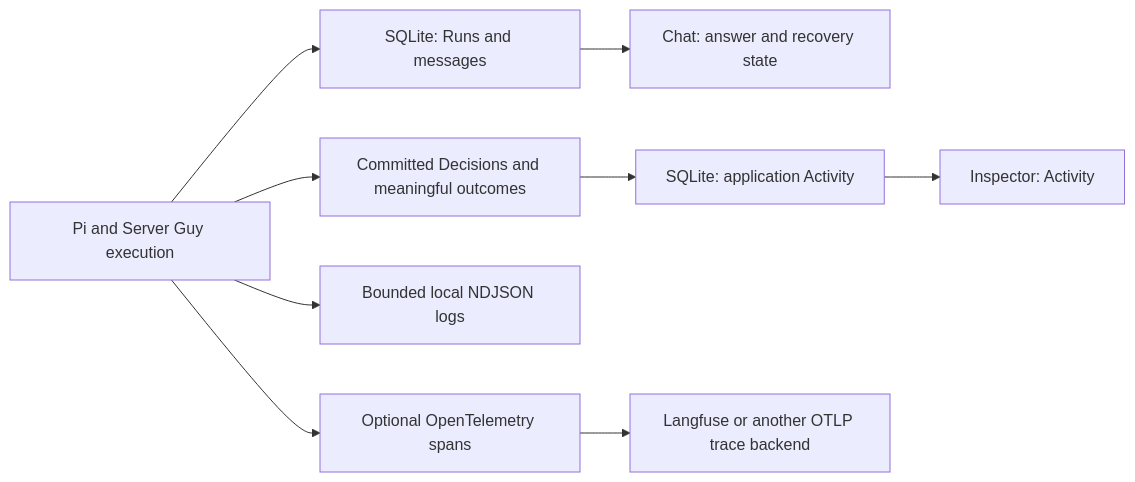
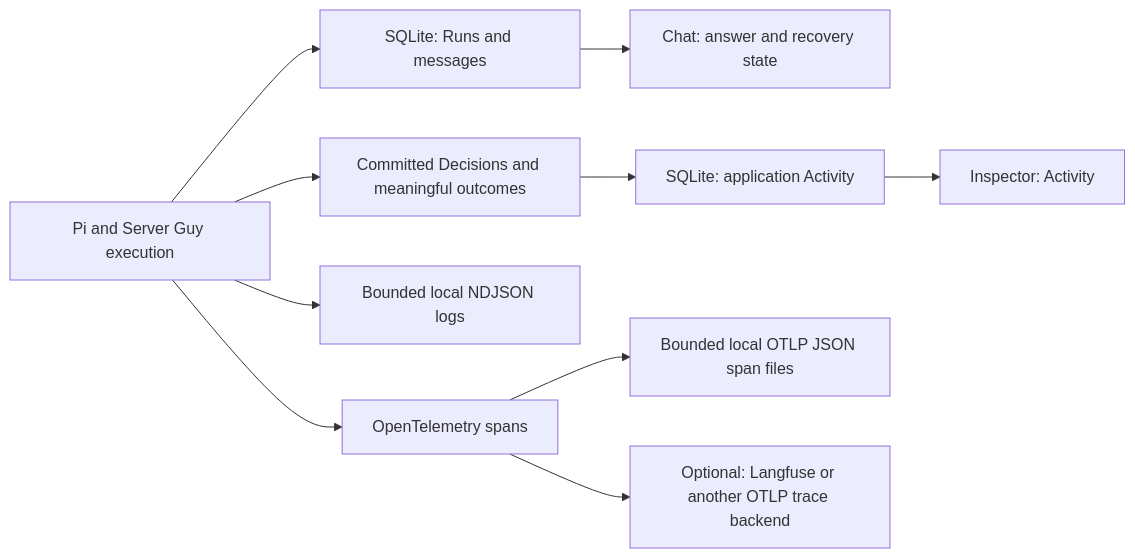
The diagram in docs/specs/action-history-and-tracing.md (lustoykov/hallvi), drawn with Mermaid before and after one commit. The commit also changed other lines of this file and 19 other files, not shown here.

Commit message:
Save local spans and clarify diagnostic destinations

````diff
--- a/docs/specs/action-history-and-tracing.md
+++ b/docs/specs/action-history-and-tracing.md
@@ -69,11 +69,12 @@
 ```mermaid
 flowchart LR
     E[Pi and Server Guy execution] --> D[SQLite: Runs and messages]
     D --> C[Chat: answer and recovery state]
     E --> O[Committed Decisions and meaningful outcomes]
     O --> A[SQLite: application Activity]
     A --> U[Inspector: Activity]
     E --> G[Bounded local NDJSON logs]
-    E --> T[Optional OpenTelemetry spans]
-    T --> L[Langfuse or another OTLP trace backend]
+    E --> T[OpenTelemetry spans]
+    T --> F[Bounded local OTLP JSON span files]
+    T --> L[Optional: Langfuse or another OTLP trace backend]
 ```
````
